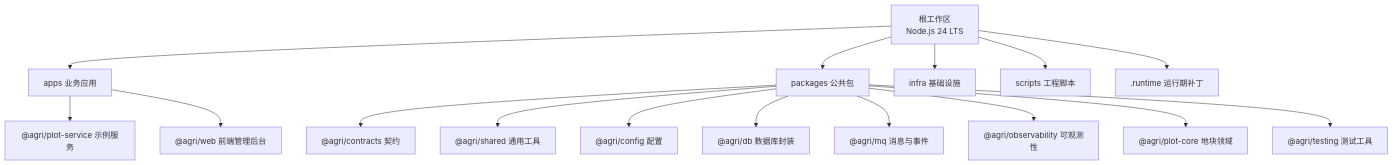
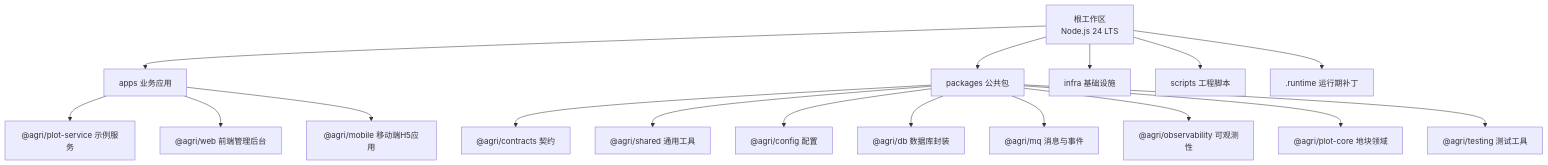
One commit to q446328246/agri-platform changed the first of 12 diagrams in .qoder/repowiki/zh/content/项目概述/项目概述.md. Above: the diagram before and after it, drawn with Mermaid. The commit also changed other lines of this file and 4 other files, not shown here.

````diff
--- a/.qoder/repowiki/zh/content/项目概述/项目概述.md
+++ b/.qoder/repowiki/zh/content/项目概述/项目概述.md
@@ -72,18 +70,19 @@
 ```mermaid
 graph TB
 Root["根工作区<br/>Node.js 24 LTS"] --> Apps["apps 业务应用"]
 Root --> Packages["packages 公共包"]
 Root --> Infra["infra 基础设施"]
 Root --> Scripts["scripts 工程脚本"]
 Root --> Runtime[".runtime 运行期补丁"]
 Apps --> PlotService["@agri/plot-service 示例服务"]
 Apps --> WebApp["@agri/web 前端管理后台"]
+Apps --> MobileApp["@agri/mobile 移动端H5应用"]
 Packages --> Contracts["@agri/contracts 契约"]
 Packages --> Shared["@agri/shared 通用工具"]
 Packages --> Config["@agri/config 配置"]
 Packages --> Db["@agri/db 数据库封装"]
 Packages --> Mq["@agri/mq 消息与事件"]
 Packages --> Observability["@agri/observability 可观测性"]
 Packages --> PlotCore["@agri/plot-core 地块领域"]
 Packages --> Testing["@agri/testing 测试工具"]
 ```
````
